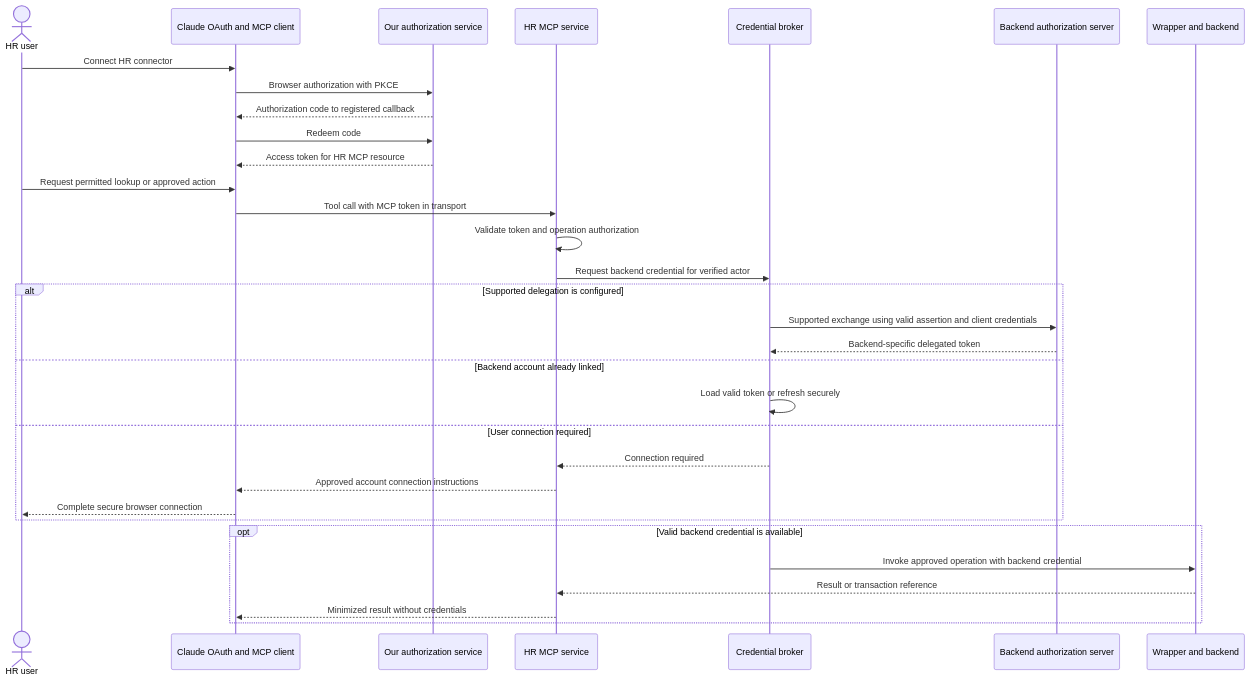
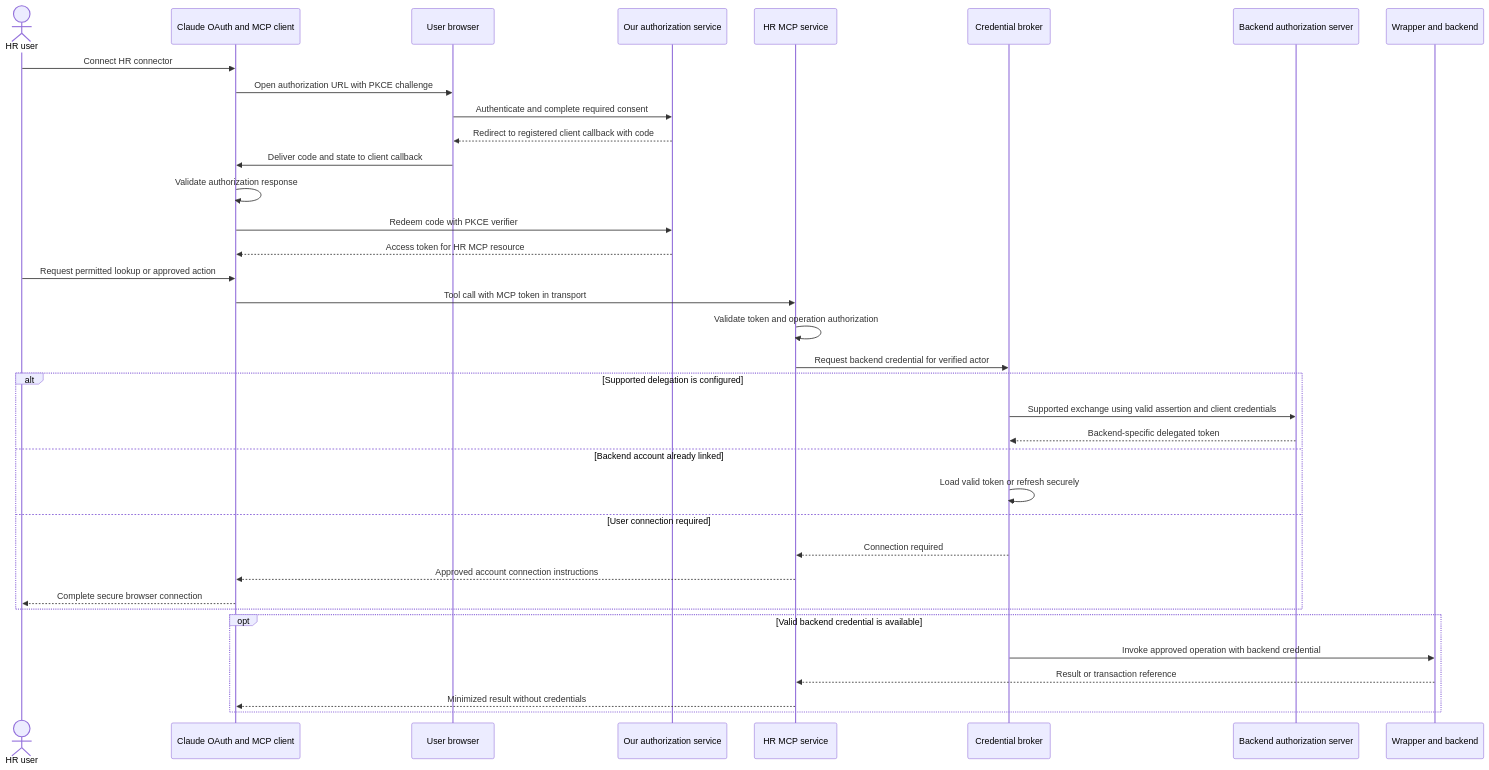
One commit to agenttester12/ResearchExamples changed the third of 7 diagrams in hr-ai-enablement/implementation-design.md. Above: the diagram before and after it, drawn with Mermaid. The commit also changed other lines of this file and 1 other file, not shown here.

Commit message:
Clarify OAuth continuity and diagram non-MCP alternatives

````diff
--- a/hr-ai-enablement/implementation-design.md
+++ b/hr-ai-enablement/implementation-design.md
@@ -222,34 +281,38 @@
 ```mermaid
 sequenceDiagram
     actor U as HR user
     participant C as Claude OAuth and MCP client
+    participant Browser as User browser
     participant AS as Our authorization service
     participant M as HR MCP service
     participant B as Credential broker
     participant I as Backend authorization server
     participant W as Wrapper and backend
     U->>C: Connect HR connector
-    C->>AS: Browser authorization with PKCE
-    AS-->>C: Authorization code to registered callback
-    C->>AS: Redeem code
+    C->>Browser: Open authorization URL with PKCE challenge
+    Browser->>AS: Authenticate and complete required consent
+    AS-->>Browser: Redirect to registered client callback with code
+    Browser->>C: Deliver code and state to client callback
+    C->>C: Validate authorization response
+    C->>AS: Redeem code with PKCE verifier
     AS-->>C: Access token for HR MCP resource
     U->>C: Request permitted lookup or approved action
     C->>M: Tool call with MCP token in transport
     M->>M: Validate token and operation authorization
     M->>B: Request backend credential for verified actor
     alt Supported delegation is configured
         B->>I: Supported exchange using valid assertion and client credentials
         I-->>B: Backend-specific delegated token
     else Backend account already linked
         B->>B: Load valid token or refresh securely
     else User connection required
         B-->>M: Connection required
         M-->>C: Approved account connection instructions
         C-->>U: Complete secure browser connection
     end
     opt Valid backend credential is available
         B->>W: Invoke approved operation with backend credential
         W-->>M: Result or transaction reference
         M-->>C: Minimized result without credentials
     end
 ```
````
